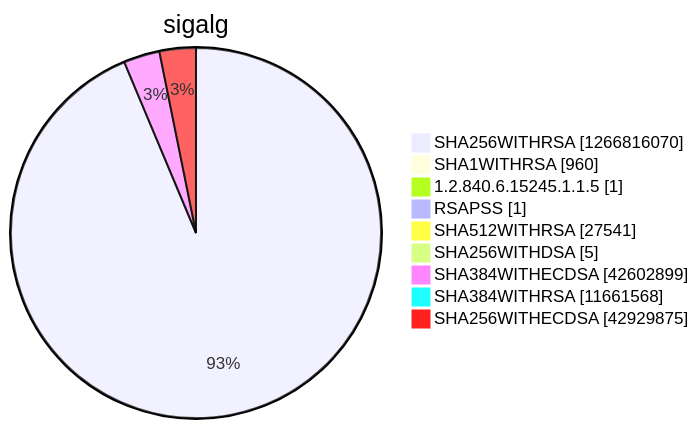
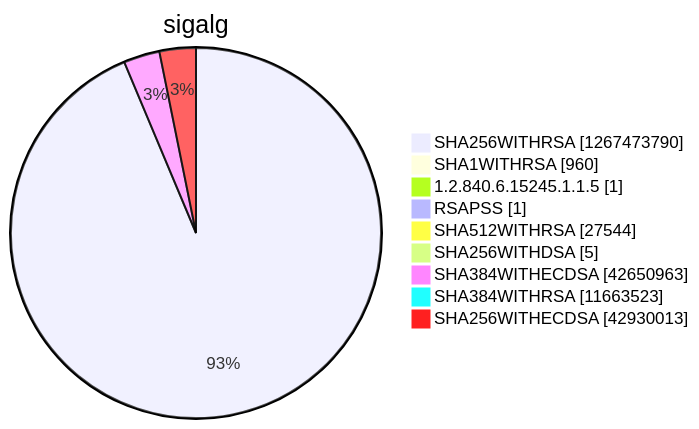
One commit to christiankrug/ctmonitor_visualization changed diagram 15 of 15 in argon2022/README.md. Above: the diagram before and after it, drawn with Mermaid. The commit also changed other lines of this file, not shown here.

````diff
--- a/argon2022/README.md
+++ b/argon2022/README.md
@@ -5522,13 +5522,13 @@
 ```mermaid
 pie showData
 title sigalg
-"SHA256WITHRSA" :1266816070
+"SHA256WITHRSA" :1267473790
 "SHA1WITHRSA" :960
 "1.2.840.6.15245.1.1.5" :1
 "RSAPSS" :1
-"SHA512WITHRSA" :27541
+"SHA512WITHRSA" :27544
 "SHA256WITHDSA" :5
-"SHA384WITHECDSA" :42602899
-"SHA384WITHRSA" :11661568
-"SHA256WITHECDSA" :42929875
+"SHA384WITHECDSA" :42650963
+"SHA384WITHRSA" :11663523
+"SHA256WITHECDSA" :42930013
 ```
````
